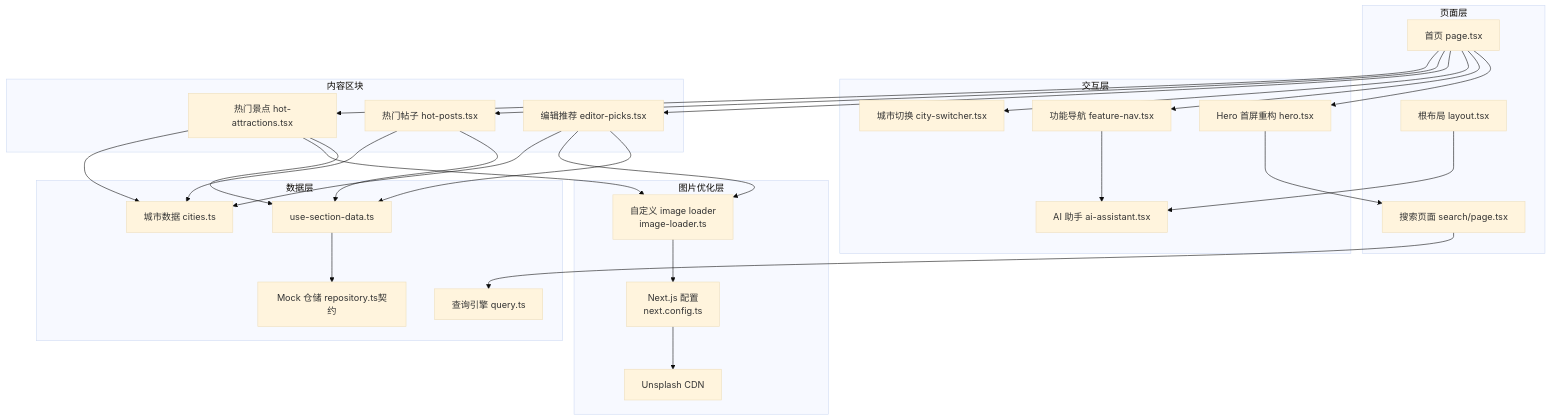
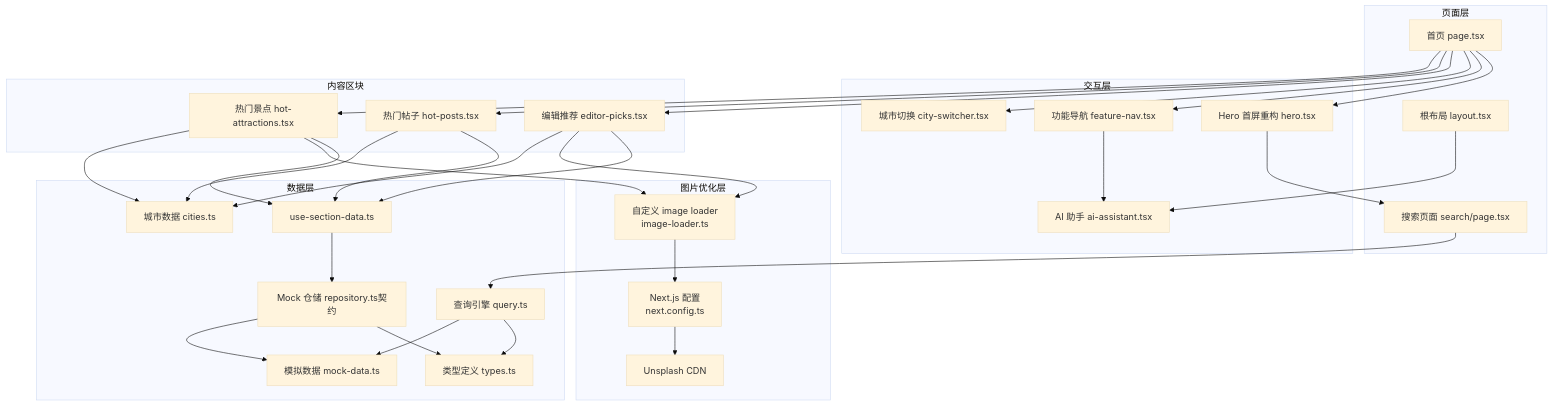
One commit to luyitiger6/my-first-project changed the second of 14 diagrams in .qoder/repowiki/zh/content/规格驱动开发/WanderChain 首页规格文档/WanderChain 首页规格文档.md. Above: the diagram before and after it, drawn with Mermaid (base theme). The commit also changed other lines of this file and 33 other files, not shown here.

````diff
--- a/.qoder/repowiki/zh/content/规格驱动开发/WanderChain 首页规格文档/WanderChain 首页规格文档.md
+++ b/.qoder/repowiki/zh/content/规格驱动开发/WanderChain 首页规格文档/WanderChain 首页规格文档.md
@@ -125,51 +129,57 @@
 ```mermaid
 graph TB
 subgraph "页面层"
 Page["首页 page.tsx"]
 Layout["根布局 layout.tsx"]
 SearchPage["搜索页面 search/page.tsx"]
 end
 subgraph "交互层"
 Hero["Hero 首屏重构 hero.tsx"]
 Nav["功能导航 feature-nav.tsx"]
 City["城市切换 city-switcher.tsx"]
 AI["AI 助手 ai-assistant.tsx"]
 end
 subgraph "内容区块"
 Picks["编辑推荐 editor-picks.tsx"]
 Posts["热门帖子 hot-posts.tsx"]
 Attractions["热门景点 hot-attractions.tsx"]
 end
 subgraph "数据层"
 Hook["use-section-data.ts"]
 Repo["Mock 仓储 repository.ts契约"]
 Query["查询引擎 query.ts"]
 Cities["城市数据 cities.ts"]
+Types["类型定义 types.ts"]
+MockData["模拟数据 mock-data.ts"]
 end
 subgraph "图片优化层"
 Loader["自定义 image loader<br/>image-loader.ts"]
 Config["Next.js 配置<br/>next.config.ts"]
 CDN["Unsplash CDN"]
 end
 Page --> Hero
 Page --> Nav
 Page --> City
 Page --> Picks
 Page --> Posts
 Page --> Attractions
 Layout --> AI
 Nav --> AI
 Hero --> SearchPage
 SearchPage --> Query
 Picks --> Hook
 Posts --> Hook
 Attractions --> Hook
 Hook --> Repo
 Picks --> Loader
 Attractions --> Loader
 Loader --> Config
 Config --> CDN
 Picks --> Cities
 Posts --> Cities
 Attractions --> Cities
+Repo --> Types
+Repo --> MockData
+Query --> Types
+Query --> MockData
 ```
````
